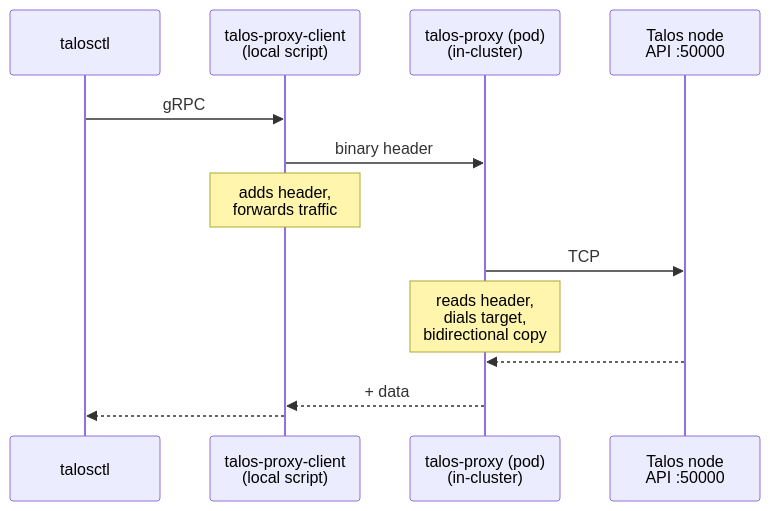
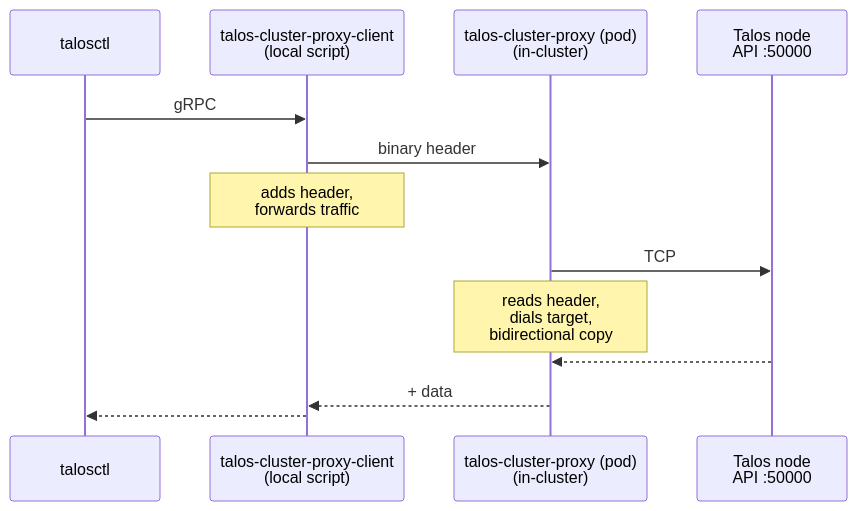
One commit to kommodity-io/talos-cluster-proxy changed the diagram in README.md. Above: the diagram before and after it, drawn with Mermaid. The commit also changed other lines of this file and 12 other files, not shown here.

Commit message:
feat: rename and update references from talos-proxy to talos-cluster-proxy

````diff
--- a/README.md
+++ b/README.md
@@ -93,16 +93,16 @@
 ```mermaid
 sequenceDiagram
       participant talosctl
-      participant client as talos-proxy-client<br/>(local script)
-      participant proxy as talos-proxy (pod)<br/>(in-cluster)
+      participant client as talos-cluster-proxy-client<br/>(local script)
+      participant proxy as talos-cluster-proxy (pod)<br/>(in-cluster)
       participant node as Talos node<br/>API :50000
 
       talosctl->>client: gRPC
       client->>proxy: binary header
       Note over client: adds header,<br/>forwards traffic
       proxy->>node: TCP
       Note over proxy: reads header,<br/>dials target,<br/>bidirectional copy
       node-->>proxy:
       proxy-->>client: + data
       client-->>talosctl:
 ```
````
